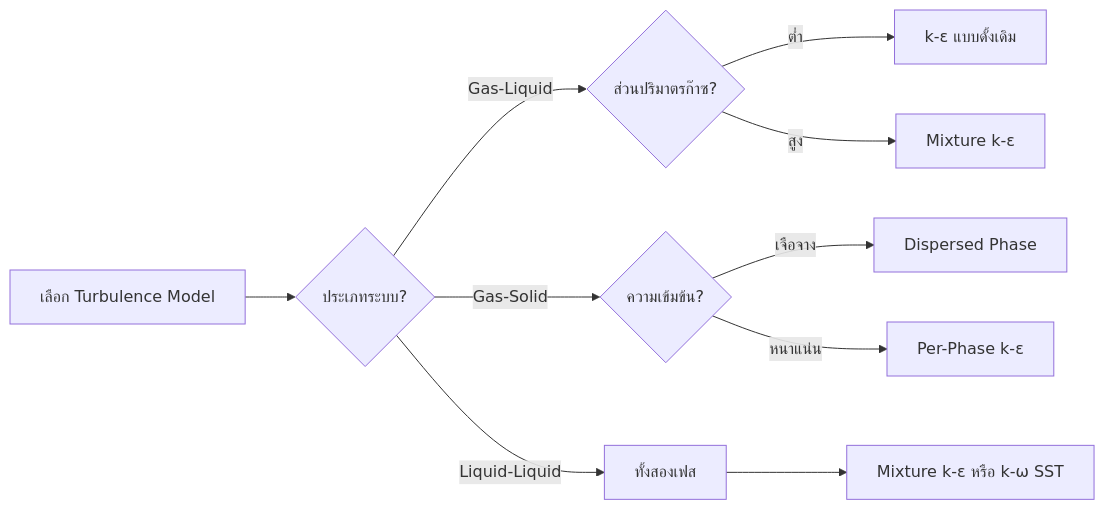
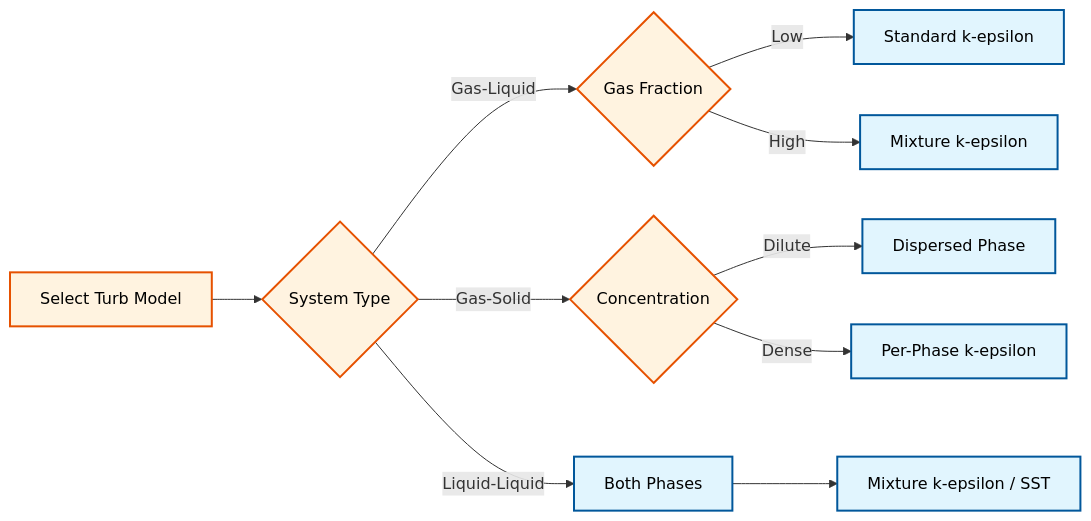
Before and after one commit to wramet/build-my-cfd: the second of 6 diagrams in MODULE_04_MULTIPHASE_FUNDAMENTALS/CONTENT/08_MODEL_SELECTION/05_Model_Selection_Flowchart.md, drawn with Mermaid. The commit also changed other lines of this file and 313 other files, not shown here.

Commit message:
Revise all diagram

````diff
--- a/MODULE_04_MULTIPHASE_FUNDAMENTALS/CONTENT/08_MODEL_SELECTION/05_Model_Selection_Flowchart.md
+++ b/MODULE_04_MULTIPHASE_FUNDAMENTALS/CONTENT/08_MODEL_SELECTION/05_Model_Selection_Flowchart.md
@@ -484,16 +482,14 @@
 ```mermaid
 flowchart LR
-    A[เลือก Turbulence Model] --> B{ประเภทระบบ?}
-
-    B -->|Gas-Liquid| C{ส่วนปริมาตรก๊าซ?}
-    B -->|Gas-Solid| D{ความเข้มข้น?}
-    B -->|Liquid-Liquid| E[ทั้งสองเฟส]
-
-    C -->|ต่ำ| C1[k-ε แบบดั้งเดิม]
-    C -->|สูง| C2[Mixture k-ε]
-
-    D -->|เจือจาง| D1[Dispersed Phase]
-    D -->|หนาแน่น| D2[Per-Phase k-ε]
-
-    E --> F[Mixture k-ε หรือ k-ω SST]
+classDef implicit fill:#e1f5fe,stroke:#01579b,stroke-width:2px,color:#000
+classDef explicit fill:#fff3e0,stroke:#e65100,stroke-width:2px,color:#000
+A[Select Turb Model]:::explicit --> B{System Type}:::explicit
+B -->|Gas-Liquid| C{Gas Fraction}:::explicit
+B -->|Gas-Solid| D{Concentration}:::explicit
+B -->|Liquid-Liquid| E[Both Phases]:::implicit
+C -->|Low| C1[Standard k-epsilon]:::implicit
+C -->|High| C2[Mixture k-epsilon]:::implicit
+D -->|Dilute| D1[Dispersed Phase]:::implicit
+D -->|Dense| D2[Per-Phase k-epsilon]:::implicit
+E --> F[Mixture k-epsilon / SST]:::implicit
 ```
````
